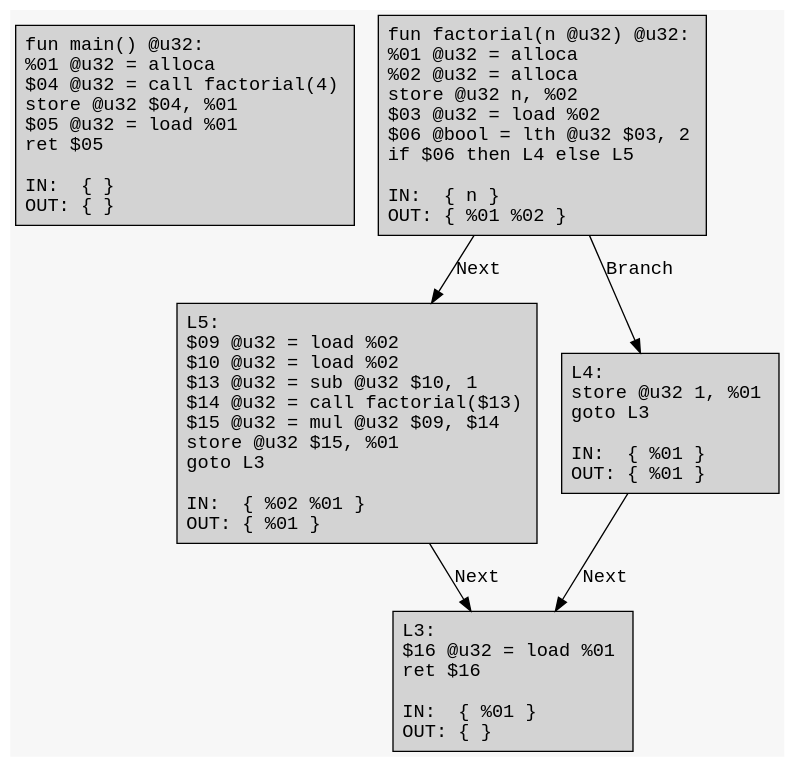
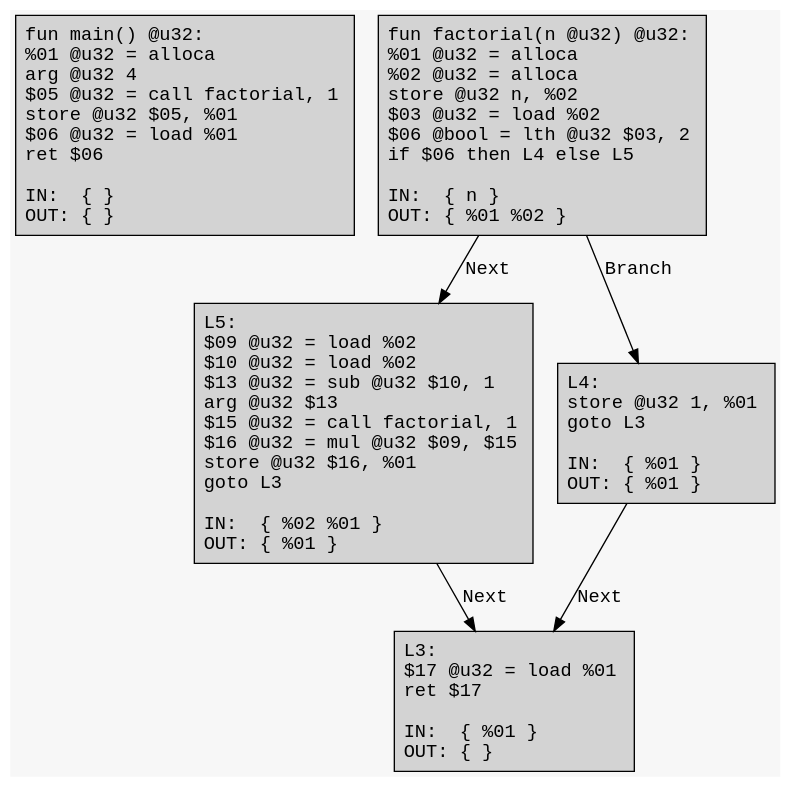
Before and after one commit to ArkoiSystems/arkoi_language: the diagram in example/factorial/factorial.dot, drawn with Graphviz. The commit also changed 8 other files, not shown here.

```diff
--- a/example/factorial/factorial.dot
+++ b/example/factorial/factorial.dot
@@ -1,17 +1,17 @@
 digraph CFG {
 	graph [fontname = "Monospace"];
 	node  [fontname = "Monospace", shape=box, style=filled, margin=0.1];
 	edge  [fontname = "Monospace"];
 	bgcolor = "#f7f7f7";
 	splines = false;
 
-	L0 [label="fun main() @u32:\l %01 @u32 = alloca\l $04 @u32 = call factorial(4)\l store @u32 $04, %01\l $05 @u32 = load %01\l ret $05\l\lIN:  { }\lOUT: { }\l"];
+	L0 [label="fun main() @u32:\l %01 @u32 = alloca\l arg @u32 4\l $05 @u32 = call factorial, 1\l store @u32 $05, %01\l $06 @u32 = load %01\l ret $06\l\lIN:  { }\lOUT: { }\l"];
 	L2 [label="fun factorial(n @u32) @u32:\l %01 @u32 = alloca\l %02 @u32 = alloca\l store @u32 n, %02\l $03 @u32 = load %02\l $06 @bool = lth @u32 $03, 2\l if $06 then L4 else L5\l\lIN:  { n }\lOUT: { %01 %02 }\l"];
 	L2 -> L5 [label="Next"];
 	L2 -> L4 [label="Branch"];
-	L5 [label="L5:\l $09 @u32 = load %02\l $10 @u32 = load %02\l $13 @u32 = sub @u32 $10, 1\l $14 @u32 = call factorial($13)\l $15 @u32 = mul @u32 $09, $14\l store @u32 $15, %01\l goto L3\l\lIN:  { %02 %01 }\lOUT: { %01 }\l"];
+	L5 [label="L5:\l $09 @u32 = load %02\l $10 @u32 = load %02\l $13 @u32 = sub @u32 $10, 1\l arg @u32 $13\l $15 @u32 = call factorial, 1\l $16 @u32 = mul @u32 $09, $15\l store @u32 $16, %01\l goto L3\l\lIN:  { %02 %01 }\lOUT: { %01 }\l"];
 	L5 -> L3 [label="Next"];
 	L4 [label="L4:\l store @u32 1, %01\l goto L3\l\lIN:  { %01 }\lOUT: { %01 }\l"];
 	L4 -> L3 [label="Next"];
-	L3 [label="L3:\l $16 @u32 = load %01\l ret $16\l\lIN:  { %01 }\lOUT: { }\l"];
+	L3 [label="L3:\l $17 @u32 = load %01\l ret $17\l\lIN:  { %01 }\lOUT: { }\l"];
 }
```
